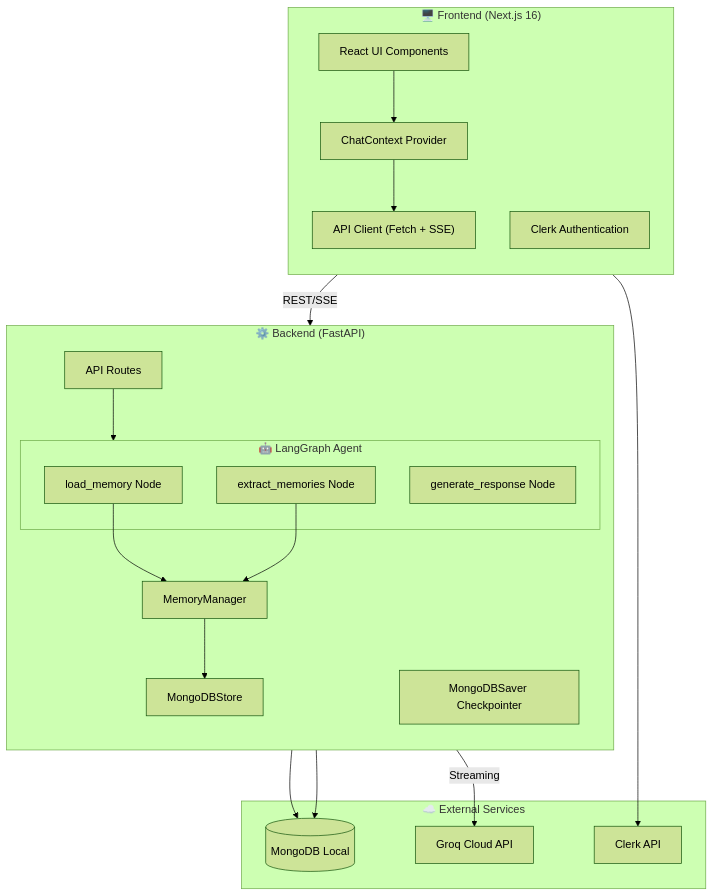
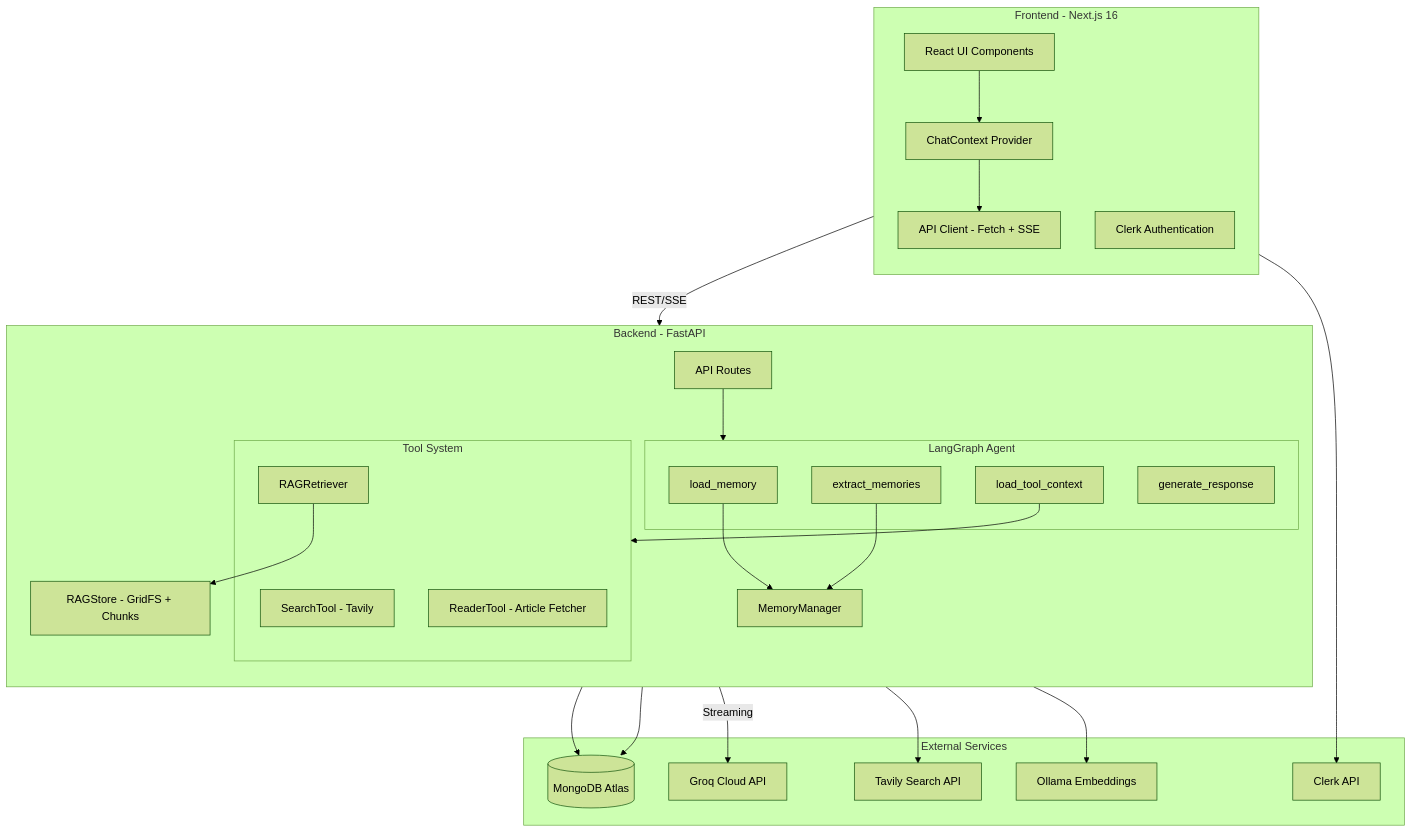
One commit to Aafimalek/t3_chat changed the first of 8 diagrams in README.md. Above: the diagram before and after it, drawn with Mermaid (forest theme). The commit also changed other lines of this file, not shown here.

````diff
--- a/README.md
+++ b/README.md
@@ -84,43 +126,54 @@
 ```mermaid
 graph TB
-    subgraph Client["🖥️ Frontend (Next.js 16)"]
+    subgraph Client["Frontend - Next.js 16"]
         direction TB
         UI["React UI Components"]
         Context["ChatContext Provider"]
-        API_Client["API Client (Fetch + SSE)"]
+        API_Client["API Client - Fetch + SSE"]
         Auth["Clerk Authentication"]
     end
 
-    subgraph Server["⚙️ Backend (FastAPI)"]
+    subgraph Server["Backend - FastAPI"]
         direction TB
         Routes["API Routes"]
         
-        subgraph Agent["🤖 LangGraph Agent"]
-            LoadMem["load_memory Node"]
-            Generate["generate_response Node"]
-            Extract["extract_memories Node"]
+        subgraph Agent["LangGraph Agent"]
+            LoadMem["load_memory"]
+            LoadTools["load_tool_context"]
+            Generate["generate_response"]
+            Extract["extract_memories"]
+        end
+        
+        subgraph Tools["Tool System"]
+            SearchTool["SearchTool - Tavily"]
+            ReaderTool["ReaderTool - Article Fetcher"]
+            RAGRetriever["RAGRetriever"]
         end
         
         MemMgr["MemoryManager"]
-        Checkpoint["MongoDBSaver Checkpointer"]
-        Store["MongoDBStore"]
+        RAGStore["RAGStore - GridFS + Chunks"]
     end
 
-    subgraph External["☁️ External Services"]
-        MongoDB[("MongoDB Local")]
+    subgraph External["External Services"]
+        MongoDB[("MongoDB Atlas")]
         Groq["Groq Cloud API"]
+        Tavily["Tavily Search API"]
+        Ollama["Ollama Embeddings"]
         ClerkAPI["Clerk API"]
     end
 
     UI --> Context
     Context --> API_Client
     Auth --> ClerkAPI
     API_Client -->|"REST/SSE"| Routes
     Routes --> Agent
     LoadMem --> MemMgr
+    LoadTools --> Tools
+    SearchTool --> Tavily
+    RAGRetriever --> RAGStore
+    RAGStore --> Ollama
     Generate -->|"Streaming"| Groq
     Extract --> MemMgr
-    MemMgr --> Store
-    Store --> MongoDB
-    Checkpoint --> MongoDB
+    MemMgr --> MongoDB
+    RAGStore --> MongoDB
 ```
````
